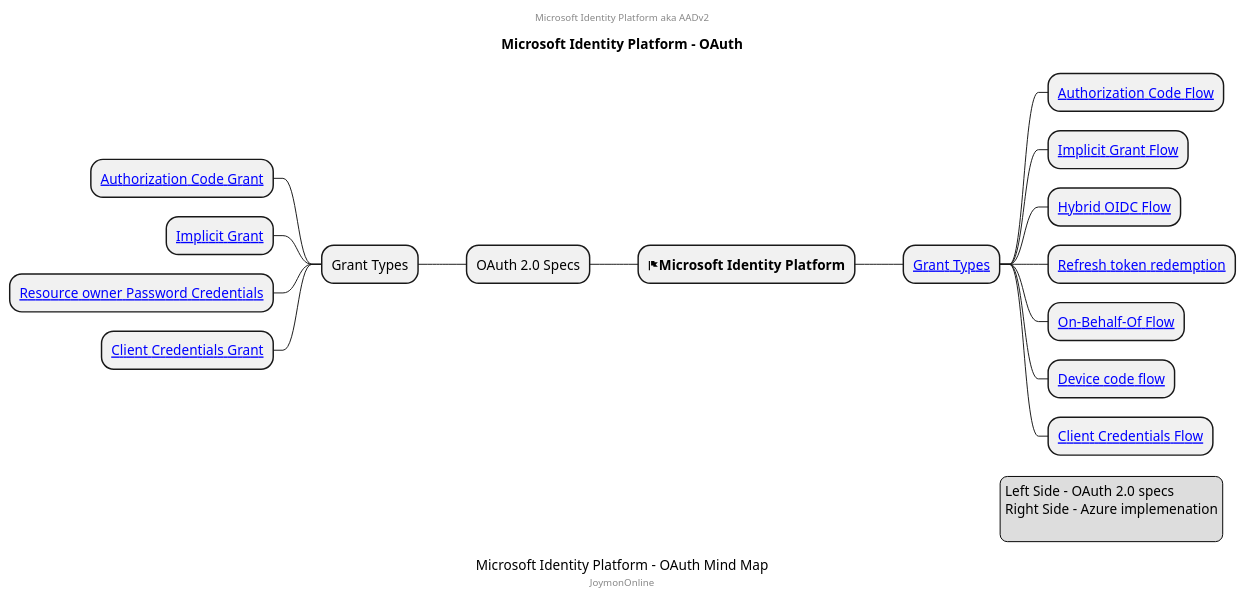
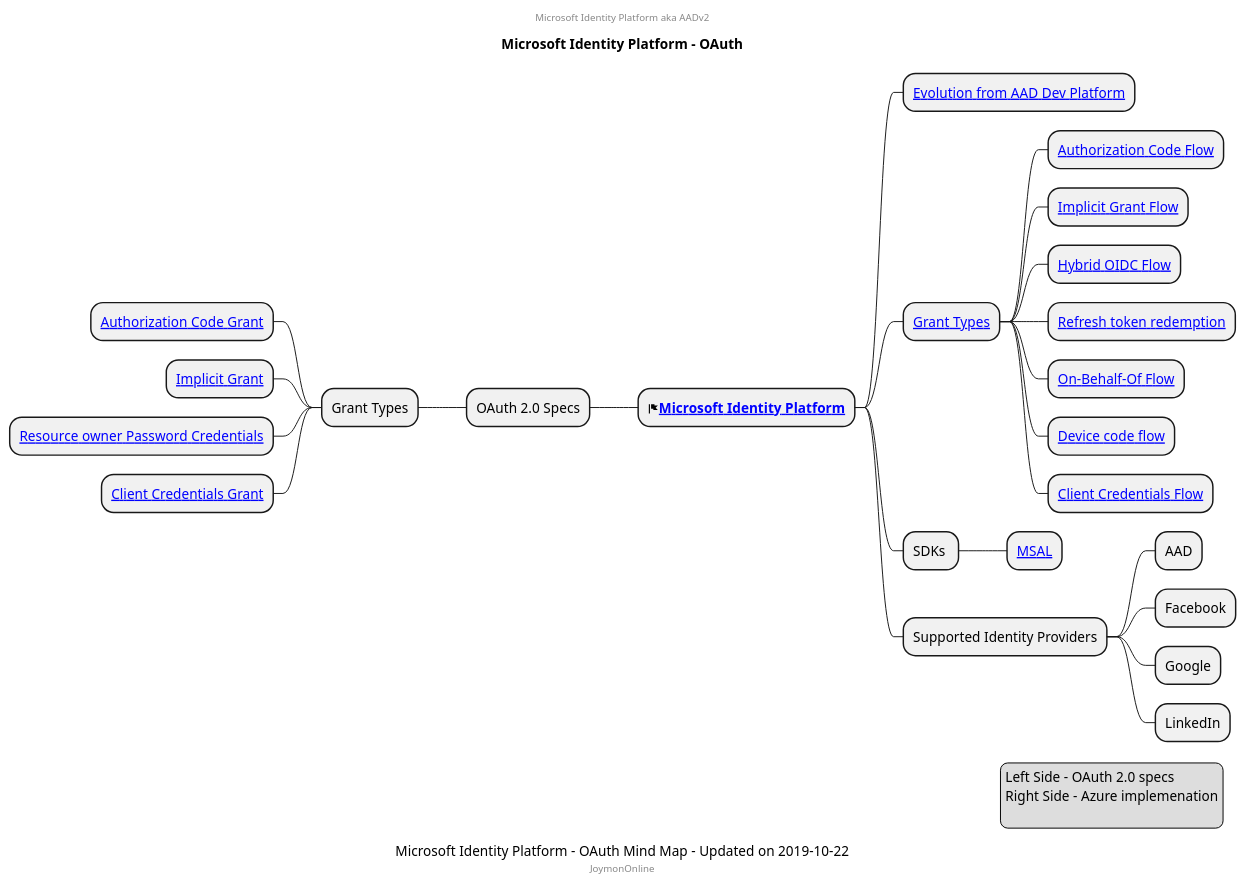
The diagram in cloud/Azure/microsoft-identity-platform-oauth.puml (mind-maps/software), drawn with PlantUML before and after one commit.

Commit message:
Added last update caption, SDKs and id providers

```diff
--- a/cloud/Azure/microsoft-identity-platform-oauth.puml
+++ b/cloud/Azure/microsoft-identity-platform-oauth.puml
@@ -1,32 +1,41 @@
 @startmindmap
-caption Microsoft Identity Platform - OAuth Mind Map
+caption Microsoft Identity Platform - OAuth Mind Map - Updated on 2019-10-22
 title Microsoft Identity Platform - OAuth
 center header
 Microsoft Identity Platform aka AADv2
 endheader
 
-* <&flag><b>Microsoft Identity Platform</b>
+* <&flag><b>[[https://docs.microsoft.com/en-us/azure/active-directory/develop/ Microsoft Identity Platform]]</b>
+** [[https://docs.microsoft.com/en-us/azure/active-directory/develop/about-microsoft-identity-platform Evolution from AAD Dev Platform]]
 ** [[https://docs.microsoft.com/en-us/azure/active-directory/develop/authentication-scenarios Grant Types]]
 *** [[https://docs.microsoft.com/en-us/azure/active-directory/develop/v2-oauth2-auth-code-flow Authorization Code Flow]]
 *** [[https://docs.microsoft.com/en-us/azure/active-directory/develop/v2-oauth2-implicit-grant-flow Implicit Grant Flow]]
 *** [[https://docs.microsoft.com/en-us/azure/active-directory/develop/v2-protocols-oidc#get-access-tokens Hybrid OIDC Flow]]
 *** [[https://docs.microsoft.com/en-us/azure/active-directory/develop/v2-oauth2-auth-code-flow#refresh-the-access-token Refresh token redemption]]
 *** [[https://docs.microsoft.com/en-us/azure/active-directory/develop/v2-oauth2-on-behalf-of-flow On-Behalf-Of Flow]]
 *** [[https://docs.microsoft.com/en-us/azure/active-directory/develop/v2-oauth2-device-code Device code flow]]
 *** [[https://docs.microsoft.com/en-us/azure/active-directory/develop/v2-oauth2-client-creds-grant-flow Client Credentials Flow]]
+** SDKs 
+*** [[https://docs.microsoft.com/en-us/azure/active-directory/develop/reference-v2-libraries MSAL]]
+** Supported Identity Providers
+*** AAD
+*** Facebook
+*** Google
+*** LinkedIn
+
 left side
 ** OAuth 2.0 Specs
 *** Grant Types
 **** [[https://tools.ietf.org/html/rfc6749#page-24 Authorization Code Grant]]
 **** [[https://tools.ietf.org/html/rfc6749#page-31 Implicit Grant]]
 **** [[https://tools.ietf.org/html/rfc6749#page-37 Resource owner Password Credentials]]
 **** [[https://tools.ietf.org/html/rfc6749#page-40 Client Credentials Grant]]
 center footer JoymonOnline
 
 legend right
   Left Side - OAuth 2.0 specs
   Right Side - Azure implemenation
   
 endlegend
 
 @endmindmap
```
